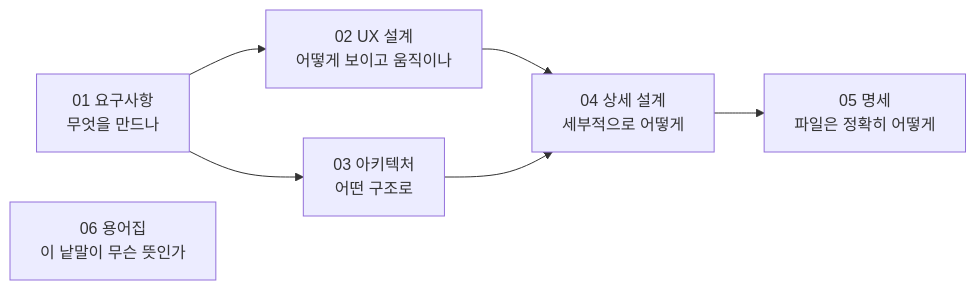
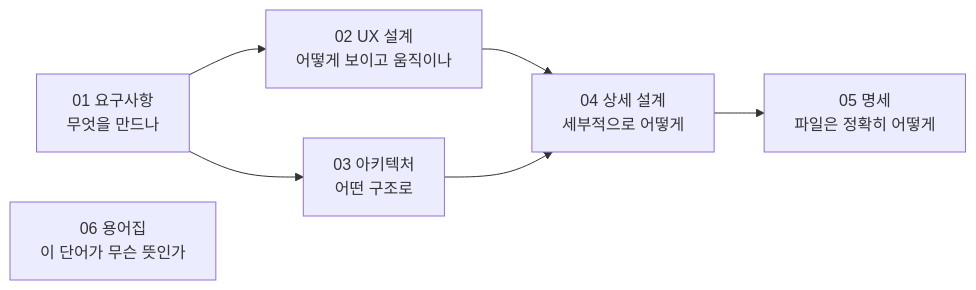
The diagram in docs/README.md (reddiana/AriadneNSD), drawn with Mermaid before and after one commit. The commit also changed other lines of this file and 5 other files, not shown here.

````diff
--- a/docs/README.md
+++ b/docs/README.md
@@ -18,9 +18,9 @@
 ```mermaid
 flowchart LR
   R["01 요구사항<br/>무엇을 만드나"] --> U["02 UX 설계<br/>어떻게 보이고 움직이나"]
   R --> A["03 아키텍처<br/>어떤 구조로"]
   U --> D["04 상세 설계<br/>세부적으로 어떻게"]
   A --> D
   D --> S["05 명세<br/>파일은 정확히 어떻게"]
-  G["06 용어집<br/>이 낱말이 무슨 뜻인가"]
+  G["06 용어집<br/>이 단어가 무슨 뜻인가"]
 ```
````
